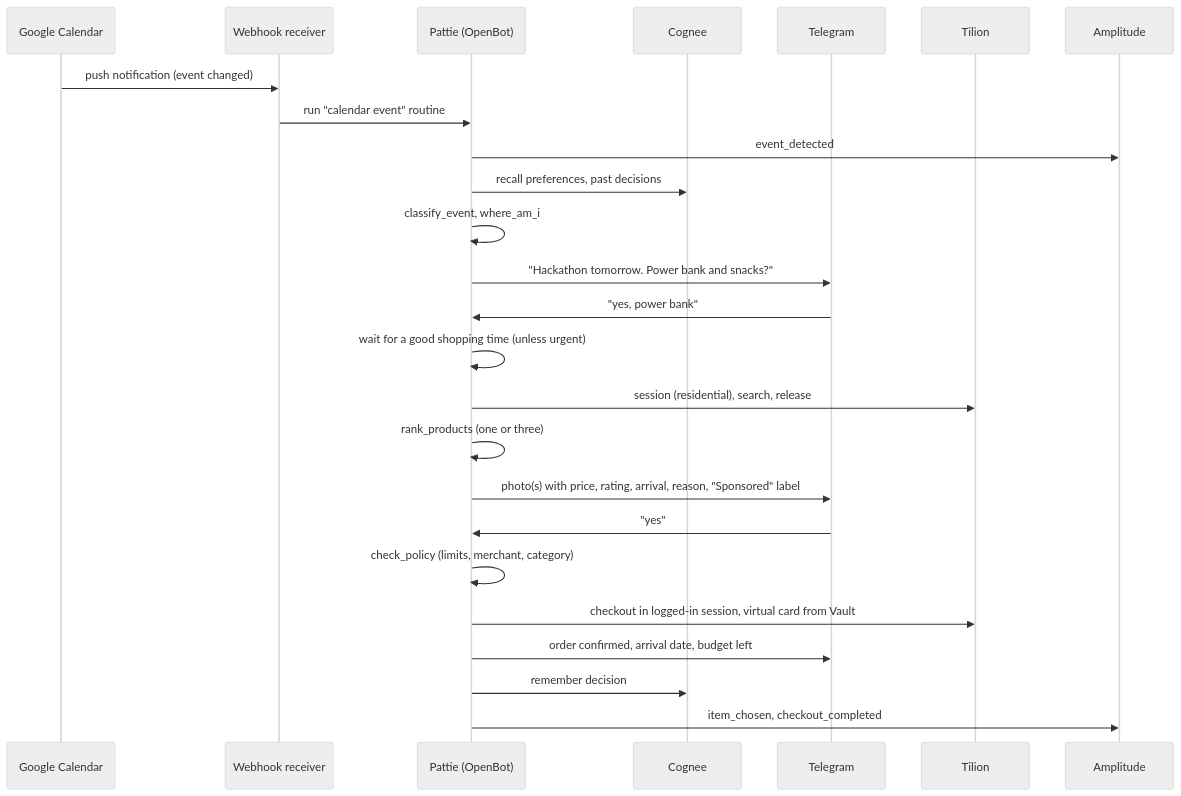
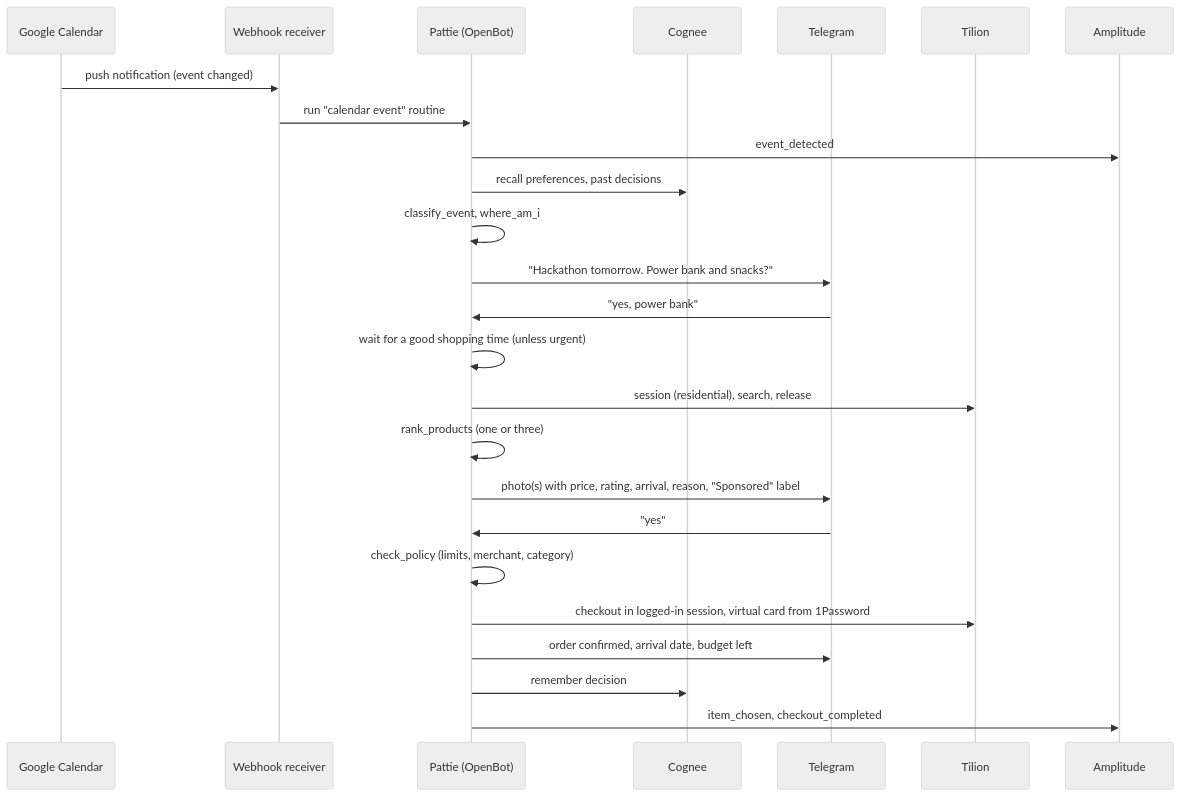
One commit to kolumba-ai/Pattie-shopping-agent changed the second of 2 diagrams in docs/ARCHITECTURE.md. Above: the diagram before and after it, drawn with Mermaid (neutral theme). The commit also changed other lines of this file and 3 other files, not shown here.

````diff
--- a/docs/ARCHITECTURE.md
+++ b/docs/ARCHITECTURE.md
@@ -359,28 +359,28 @@
 ```mermaid
 sequenceDiagram
     participant GC as Google Calendar
     participant HK as Webhook receiver
     participant AG as Pattie (OpenBot)
     participant CG as Cognee
     participant TG as Telegram
     participant TL as Tilion
     participant AM as Amplitude
 
     GC->>HK: push notification (event changed)
     HK->>AG: run "calendar event" routine
     AG->>AM: event_detected
     AG->>CG: recall preferences, past decisions
     AG->>AG: classify_event, where_am_i
     AG->>TG: "Hackathon tomorrow. Power bank and snacks?"
     TG->>AG: "yes, power bank"
     AG->>AG: wait for a good shopping time (unless urgent)
     AG->>TL: session (residential), search, release
     AG->>AG: rank_products (one or three)
     AG->>TG: photo(s) with price, rating, arrival, reason, "Sponsored" label
     TG->>AG: "yes"
     AG->>AG: check_policy (limits, merchant, category)
-    AG->>TL: checkout in logged-in session, virtual card from Vault
+    AG->>TL: checkout in logged-in session, virtual card from 1Password
     AG->>TG: order confirmed, arrival date, budget left
     AG->>CG: remember decision
     AG->>AM: item_chosen, checkout_completed
 ```
````
